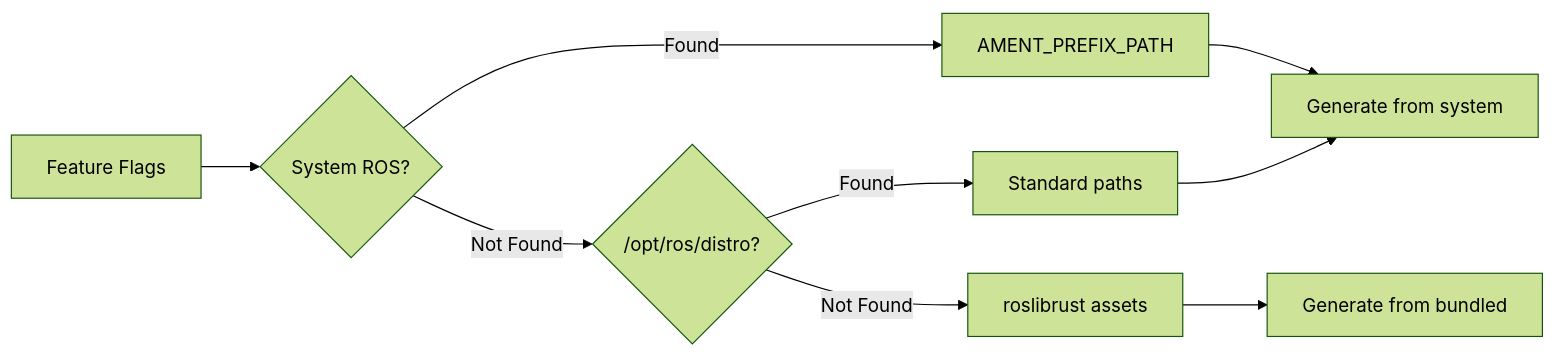
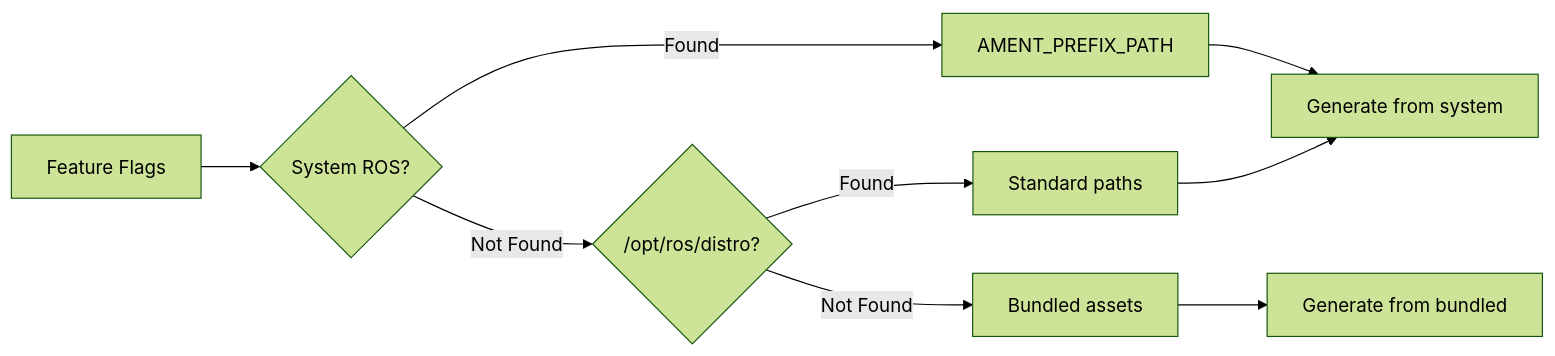
The fourth of 6 diagrams in book/src/chapters/message_generation.md (ZettaScaleLabs/ros-z), drawn with Mermaid (forest theme) before and after one commit. The commit also changed other lines of this file and 206 other files, not shown here.

````diff
--- a/book/src/chapters/message_generation.md
+++ b/book/src/chapters/message_generation.md
@@ -178,12 +178,12 @@
 ```mermaid
 flowchart LR
     A[Feature Flags] --> B{System ROS?}
     B -->|Found| C[AMENT_PREFIX_PATH]
     B -->|Not Found| D{/opt/ros/distro?}
     D -->|Found| E[Standard paths]
-    D -->|Not Found| F[roslibrust assets]
+    D -->|Not Found| F[Bundled assets]
 
     C --> G[Generate from system]
     E --> G
     F --> H[Generate from bundled]
 ```
````
